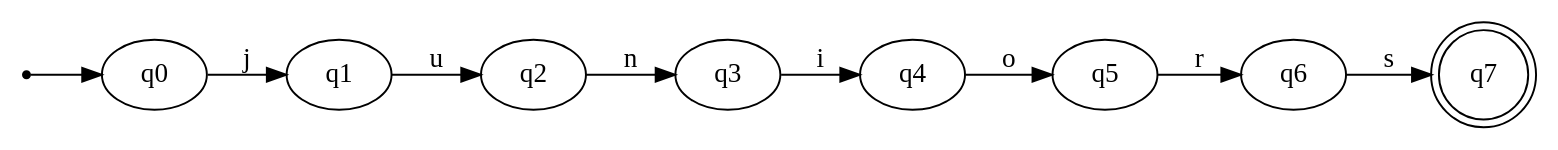
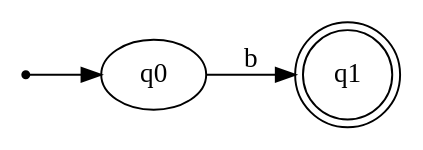
The diagram in example-automatons/automata_15.dot (eabalestra/nondeterministic-finite-automaton), drawn with Graphviz before and after one commit. The commit also changed 8 other files, not shown here.

```diff
--- a/example-automatons/automata_15.dot
+++ b/example-automatons/automata_15.dot
@@ -1,17 +1,11 @@
 digraph{
 
-rankdir=LR;
-inic[shape=point];
+    rankdir=LR;
+    inic[shape=point];
 
-inic->q0;
+    inic->q0;
 
-q0->q1 [label="j"];
-q1->q2 [label="u"];
-q2->q3 [label="n"];
-q3->q4 [label="i"];
-q4->q5 [label="o"];
-q5->q6 [label="r"];
-q6->q7 [label="s"];
+    q0->q1 [label="b"];
 
-q7[shape=doublecircle];
+    q1[shape=doublecircle];
 }
```
